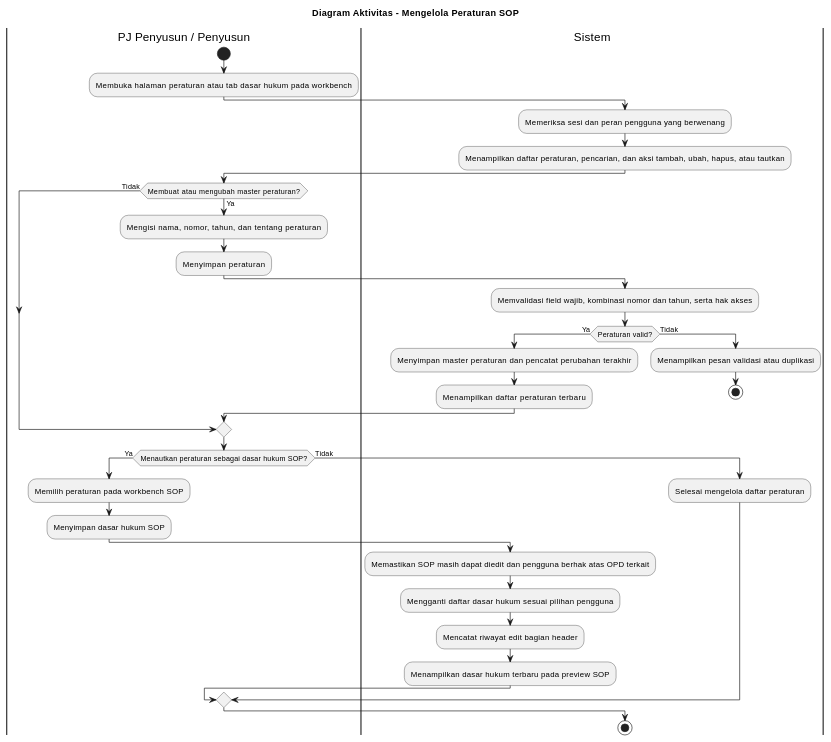
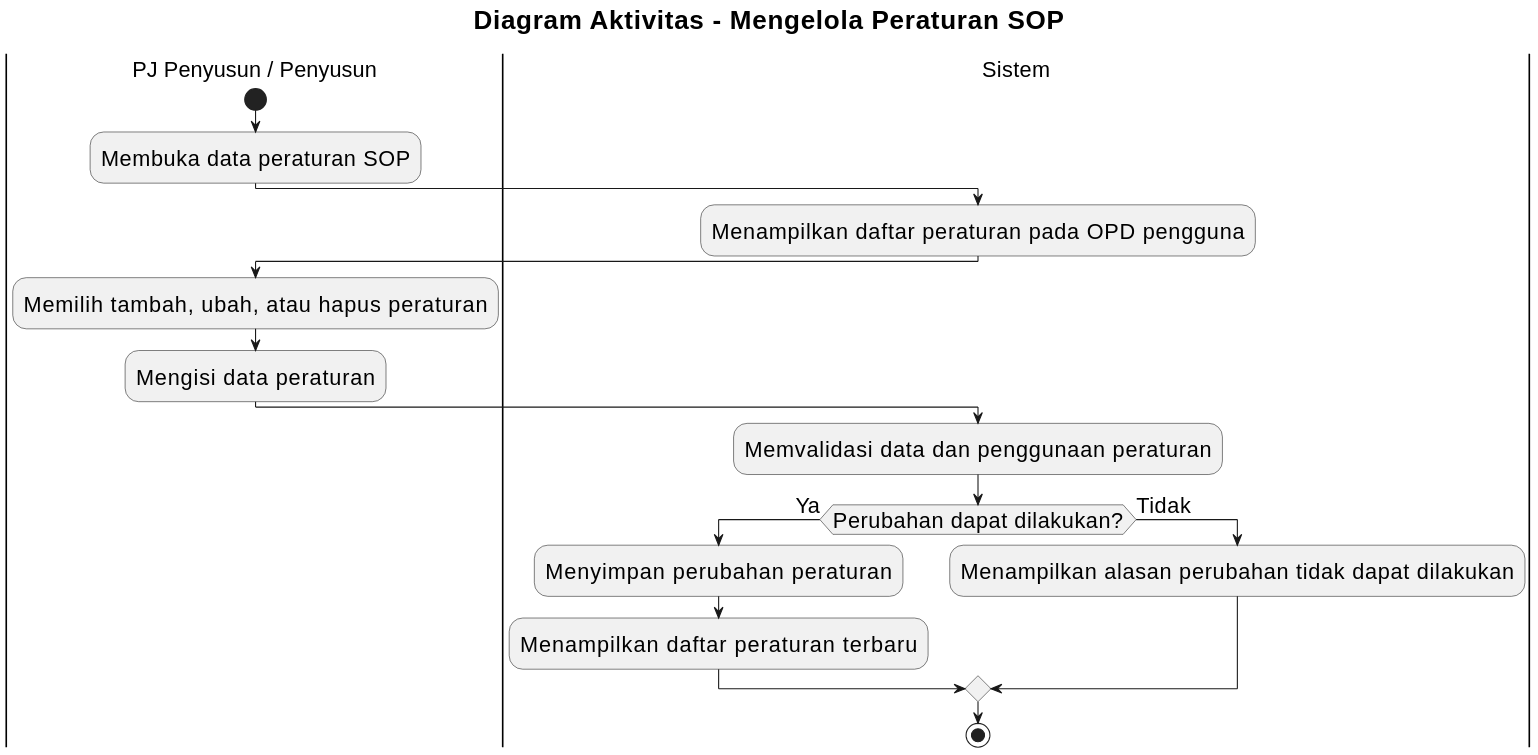
One commit to howlil/sop-generate-app changed the diagram in docs/activity-diagram/lampiran/pj-penyusun-penyusun-mengelola-peraturan-sop.md. Above: the diagram before and after it, drawn with PlantUML. The commit also changed other lines of this file and 20 other files, not shown here.

Commit message:
docs(activity): align all activity diagrams with use cases

````diff
--- a/docs/activity-diagram/lampiran/pj-penyusun-penyusun-mengelola-peraturan-sop.md
+++ b/docs/activity-diagram/lampiran/pj-penyusun-penyusun-mengelola-peraturan-sop.md
@@ -16,47 +16,33 @@
 ```plantuml
 @startuml
+skinparam defaultFontSize 20
+skinparam titleFontSize 24
+skinparam dpi 160
+
 title Diagram Aktivitas - Mengelola Peraturan SOP
 
 |PJ Penyusun / Penyusun|
 start
-:Membuka halaman peraturan atau tab dasar hukum pada workbench;
+:Membuka data peraturan SOP;
 
 |Sistem|
-:Memeriksa sesi dan peran pengguna yang berwenang;
-:Menampilkan daftar peraturan, pencarian, dan aksi tambah, ubah, hapus, atau tautkan;
+:Menampilkan daftar peraturan pada OPD pengguna;
 
 |PJ Penyusun / Penyusun|
-if (Membuat atau mengubah master peraturan?) then (Ya)
-  :Mengisi nama, nomor, tahun, dan tentang peraturan;
-  :Menyimpan peraturan;
+:Memilih tambah, ubah, atau hapus peraturan;
+:Mengisi data peraturan;
 
-  |Sistem|
-  :Memvalidasi field wajib, kombinasi nomor dan tahun, serta hak akses;
+|Sistem|
+:Memvalidasi data dan penggunaan peraturan;
 
-  if (Peraturan valid?) then (Ya)
-    :Menyimpan master peraturan dan pencatat perubahan terakhir;
-    :Menampilkan daftar peraturan terbaru;
-  else (Tidak)
-    :Menampilkan pesan validasi atau duplikasi;
-    stop
-  endif
+if (Perubahan dapat dilakukan?) then (Ya)
+  :Menyimpan perubahan peraturan;
+  :Menampilkan daftar peraturan terbaru;
 else (Tidak)
-endif
-
-|PJ Penyusun / Penyusun|
-if (Menautkan peraturan sebagai dasar hukum SOP?) then (Ya)
-  :Memilih peraturan pada workbench SOP;
-  :Menyimpan dasar hukum SOP;
-
-  |Sistem|
-  :Memastikan SOP masih dapat diedit dan pengguna berhak atas OPD terkait;
-  :Mengganti daftar dasar hukum sesuai pilihan pengguna;
-  :Mencatat riwayat edit bagian header;
-  :Menampilkan dasar hukum terbaru pada preview SOP;
-else (Tidak)
-  :Selesai mengelola daftar peraturan;
+  :Menampilkan alasan perubahan tidak dapat dilakukan;
 endif
 
 stop
+
 @enduml
 ```
````
